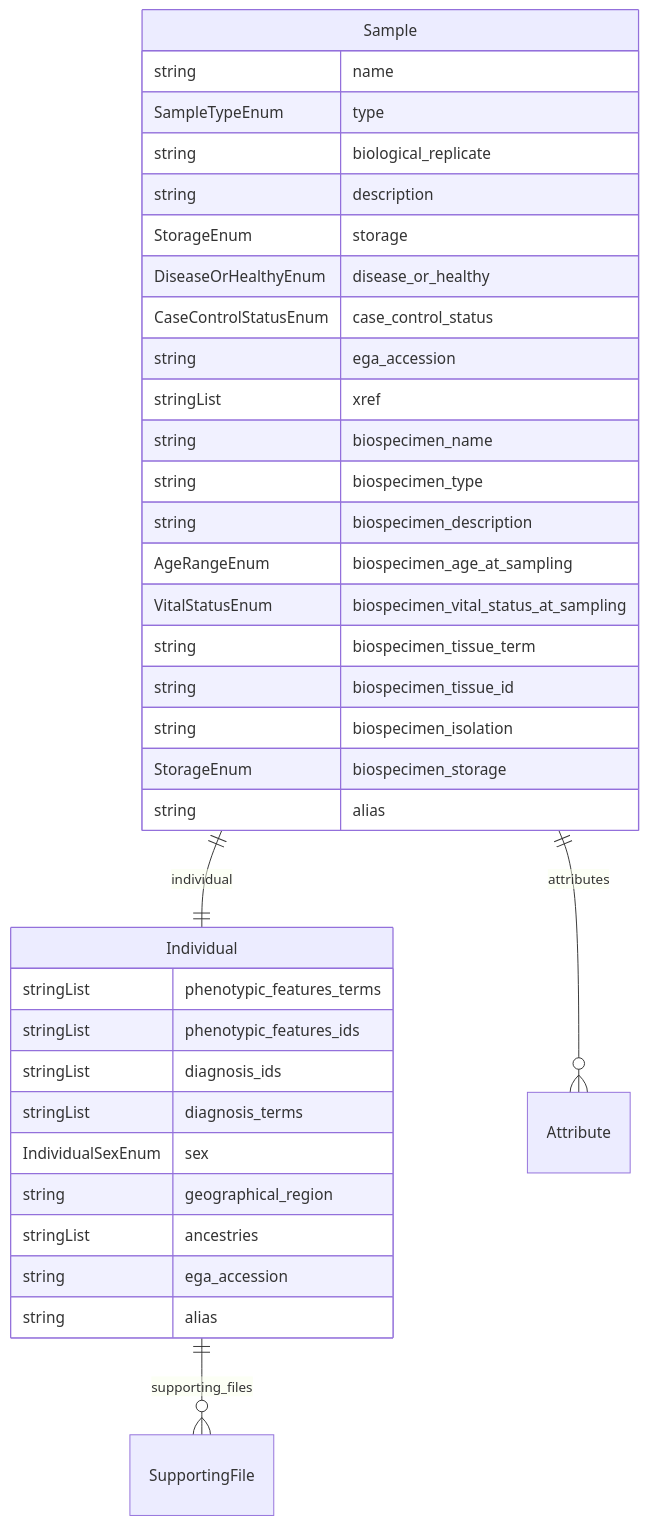
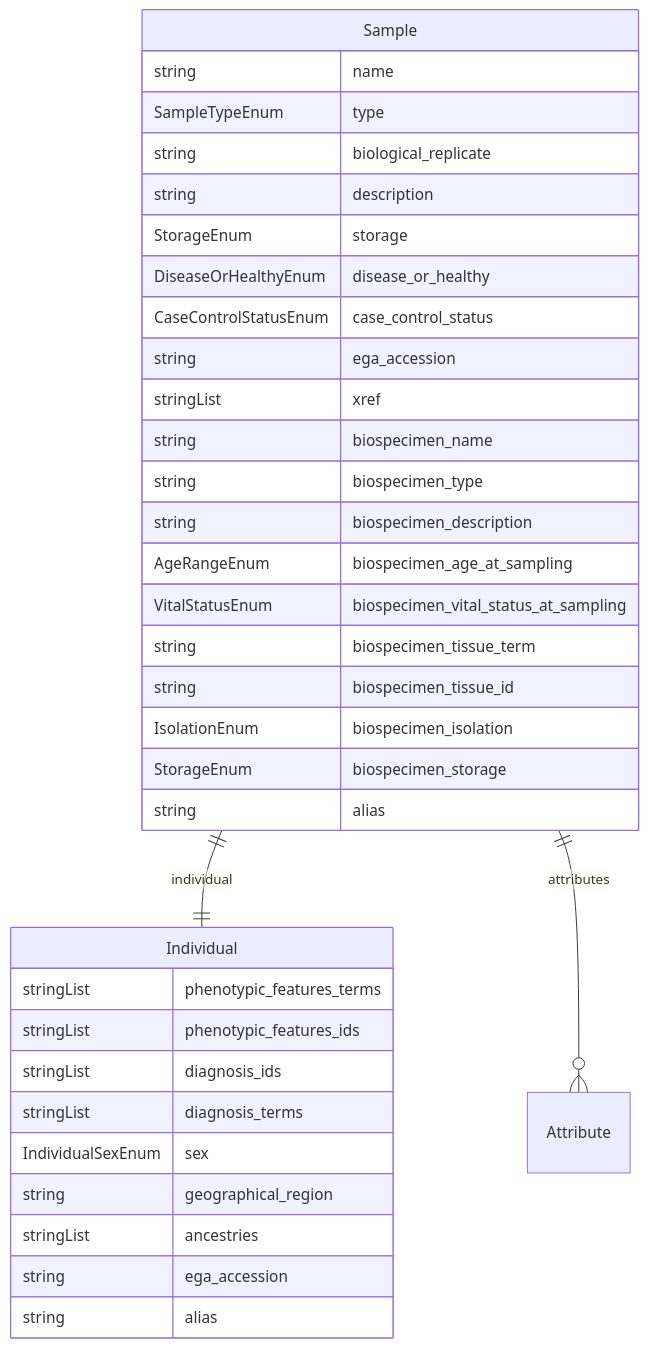
One commit to ghga-de/ghga-metadata-schema changed the fourth of 5 diagrams in docs/entity_relations.md. Above: the diagram before and after it, drawn with Mermaid. The commit also changed other lines of this file and 88 other files, not shown here.

````diff
--- a/docs/entity_relations.md
+++ b/docs/entity_relations.md
@@ -155,40 +166,39 @@
 ```mermaid
 erDiagram
 Individual {
     stringList phenotypic_features_terms  
     stringList phenotypic_features_ids  
     stringList diagnosis_ids  
     stringList diagnosis_terms  
     IndividualSexEnum sex  
     string geographical_region  
     stringList ancestries  
     string ega_accession  
     string alias  
 }
 Sample {
     string name  
     SampleTypeEnum type  
     string biological_replicate  
     string description  
     StorageEnum storage  
     DiseaseOrHealthyEnum disease_or_healthy  
     CaseControlStatusEnum case_control_status  
     string ega_accession  
     stringList xref  
     string biospecimen_name  
     string biospecimen_type  
     string biospecimen_description  
     AgeRangeEnum biospecimen_age_at_sampling  
     VitalStatusEnum biospecimen_vital_status_at_sampling  
     string biospecimen_tissue_term  
     string biospecimen_tissue_id  
-    string biospecimen_isolation  
+    IsolationEnum biospecimen_isolation  
     StorageEnum biospecimen_storage  
     string alias  
 }
 
-Individual ||--}o SupportingFile : "supporting_files"
 Sample ||--|| Individual : "individual"
 Sample ||--}o Attribute : "attributes"
 
 ```
````
